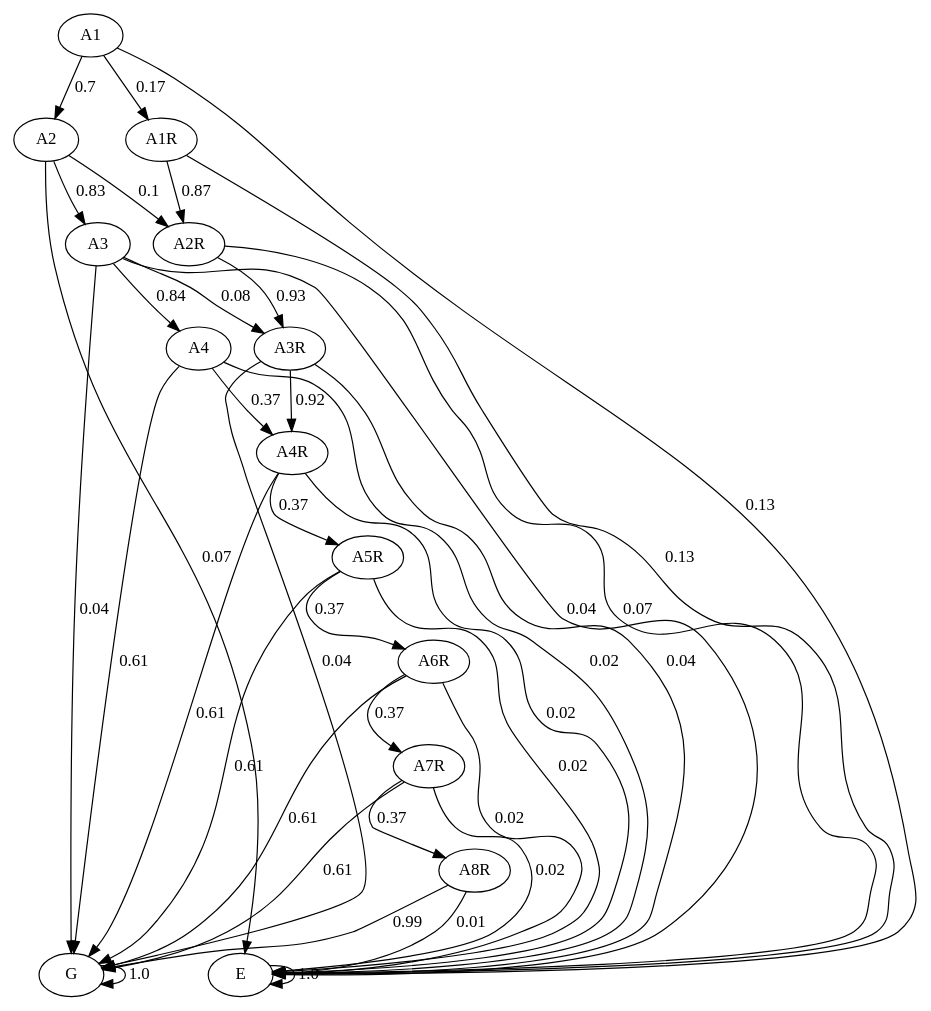
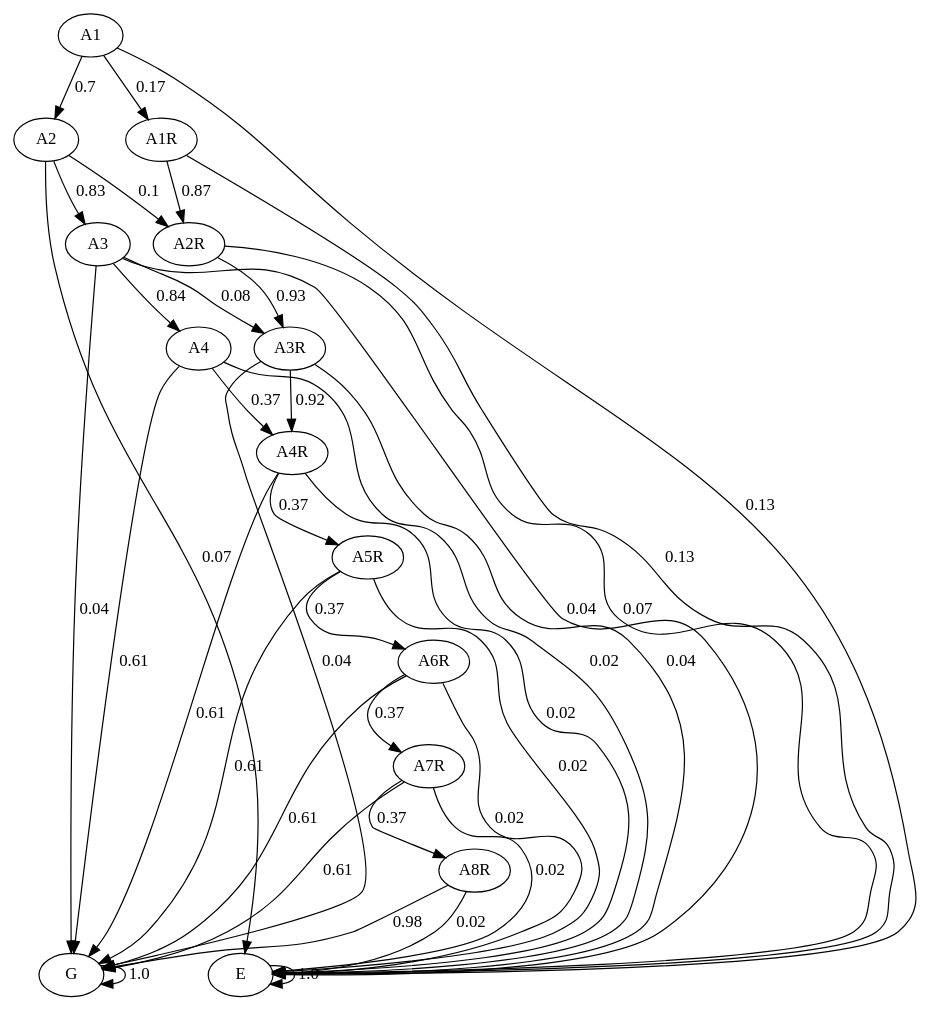
Before and after one commit to JulianaFerreira/educacao: the diagram in graph/markov.dot, drawn with Graphviz. The commit also changed 5 other files, not shown here.

```diff
--- a/graph/markov.dot
+++ b/graph/markov.dot
@@ -1,52 +1,52 @@
 digraph  {
 A1;
 A2;
 A3;
 A4;
 A1R;
 A2R;
 A3R;
 A4R;
 A5R;
 A6R;
 A7R;
 A8R;
 G;
 E;
 A1 -> A2  [key=0, label="0.7", weight="0.7"];
 A1 -> A1R  [key=0, label="0.17", weight="0.17"];
 A1 -> E  [key=0, label="0.13", weight="0.13"];
 A2 -> A3  [key=0, label="0.83", weight="0.83"];
 A2 -> A2R  [key=0, label="0.1", weight="0.1"];
 A2 -> E  [key=0, label="0.07", weight="0.07"];
 A3 -> A4  [key=0, label="0.84", weight="0.84"];
 A3 -> A3R  [key=0, label="0.08", weight="0.08"];
 A3 -> G  [key=0, label="0.04", weight="0.04"];
 A3 -> E  [key=0, label="0.04", weight="0.04"];
 A4 -> A4R  [key=0, label="0.37", weight="0.37"];
 A4 -> G  [key=0, label="0.61", weight="0.61"];
 A4 -> E  [key=0, label="0.02", weight="0.02"];
 A1R -> A2R  [key=0, label="0.87", weight="0.87"];
 A1R -> E  [key=0, label="0.13", weight="0.13"];
 A2R -> A3R  [key=0, label="0.93", weight="0.93"];
 A2R -> E  [key=0, label="0.07", weight="0.07"];
 A3R -> A4R  [key=0, label="0.92", weight="0.92"];
 A3R -> G  [key=0, label="0.04", weight="0.04"];
 A3R -> E  [key=0, label="0.04", weight="0.04"];
 A4R -> A5R  [key=0, label="0.37", weight="0.37"];
 A4R -> G  [key=0, label="0.61", weight="0.61"];
 A4R -> E  [key=0, label="0.02", weight="0.02"];
 A5R -> A6R  [key=0, label="0.37", weight="0.37"];
 A5R -> G  [key=0, label="0.61", weight="0.61"];
 A5R -> E  [key=0, label="0.02", weight="0.02"];
 A6R -> A7R  [key=0, label="0.37", weight="0.37"];
 A6R -> G  [key=0, label="0.61", weight="0.61"];
 A6R -> E  [key=0, label="0.02", weight="0.02"];
 A7R -> A8R  [key=0, label="0.37", weight="0.37"];
 A7R -> G  [key=0, label="0.61", weight="0.61"];
 A7R -> E  [key=0, label="0.02", weight="0.02"];
-A8R -> G  [key=0, label="0.99", weight="0.99"];
-A8R -> E  [key=0, label="0.01", weight="0.01"];
+A8R -> G  [key=0, label="0.98", weight="0.98"];
+A8R -> E  [key=0, label="0.02", weight="0.02"];
 G -> G  [key=0, label="1.0", weight="1.0"];
 E -> E  [key=0, label="1.0", weight="1.0"];
 }
```
